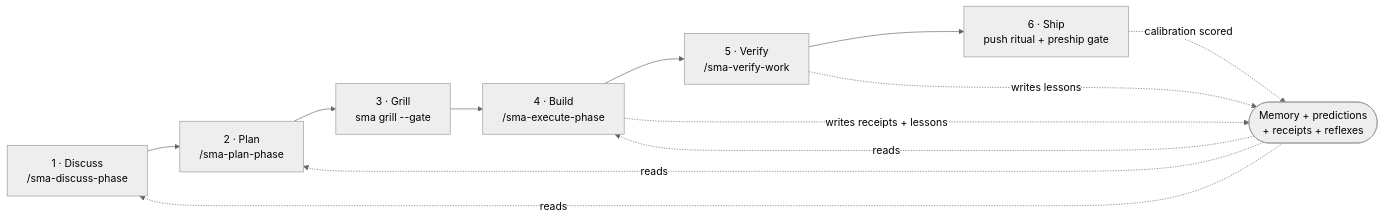
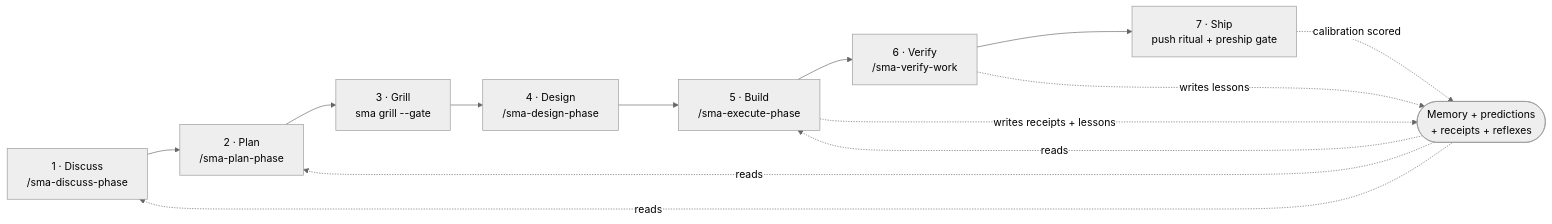
Diagram 21 of 24 in docs/DETAILS.md (sma-framework/sma), drawn with Mermaid (neutral theme) before and after one commit. The commit also changed other lines of this file and 4 other files, not shown here.

````diff
--- a/docs/DETAILS.md
+++ b/docs/DETAILS.md
@@ -1350,14 +1370,15 @@
 ```mermaid
 flowchart LR
     D["1 · Discuss<br>/sma-discuss-phase"] --> P["2 · Plan<br>/sma-plan-phase"]
     P --> G["3 · Grill<br>sma grill --gate"]
-    G --> B["4 · Build<br>/sma-execute-phase"]
-    B --> V["5 · Verify<br>/sma-verify-work"]
-    V --> S["6 · Ship<br>push ritual + preship gate"]
+    G --> DS["4 · Design<br>/sma-design-phase"]
+    DS --> B["5 · Build<br>/sma-execute-phase"]
+    B --> V["6 · Verify<br>/sma-verify-work"]
+    V --> S["7 · Ship<br>push ritual + preship gate"]
     M(["Memory + predictions<br>+ receipts + reflexes"]) -.->|reads| D
     M -.->|reads| P
     M -.->|reads| B
     B -.->|writes receipts + lessons| M
     V -.->|writes lessons| M
     S -.->|calibration scored| M
 ```
````
